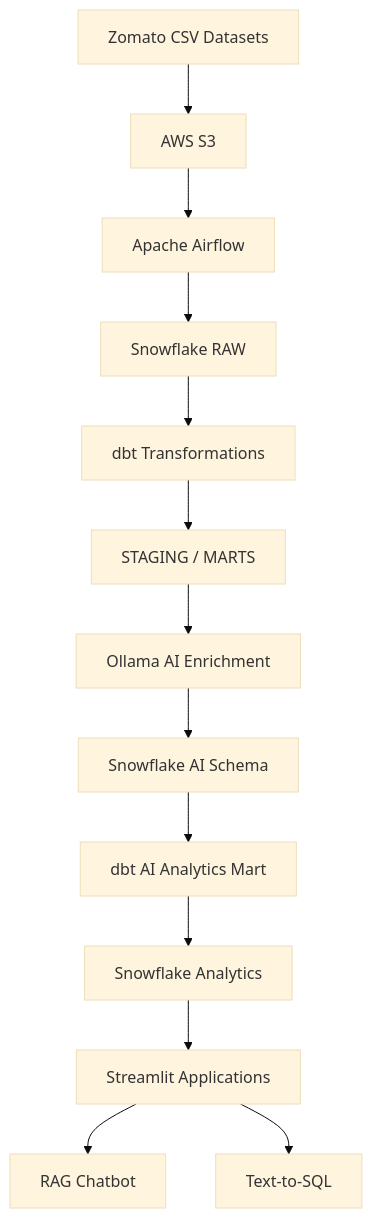
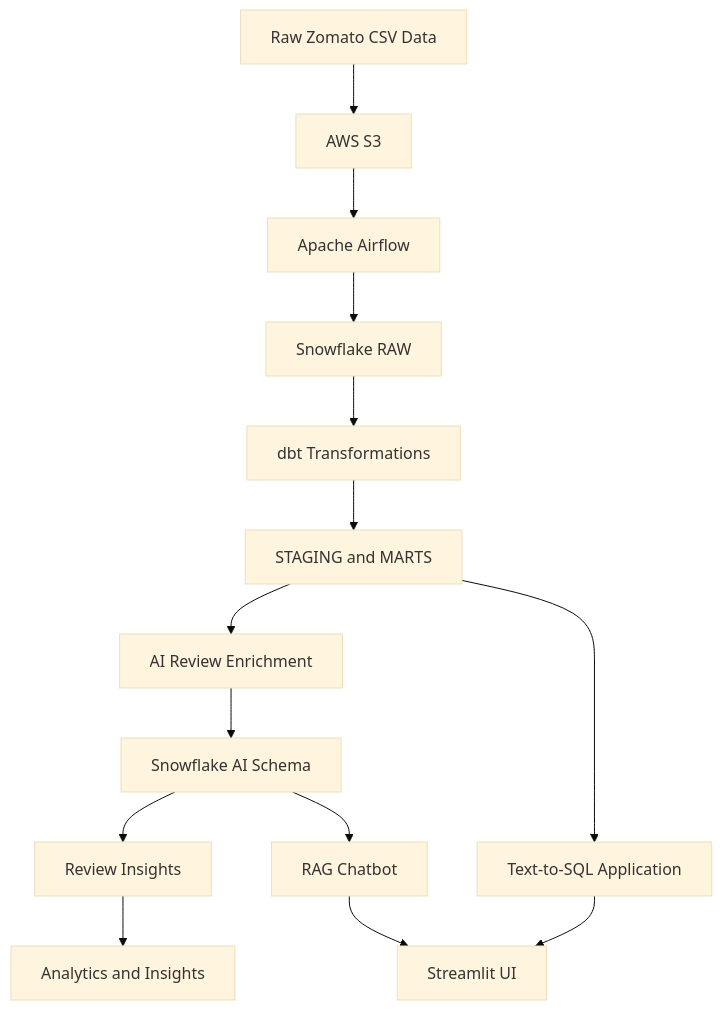
The diagram in README.md (abhiram0136/zomato-end-to-end-data-engineering-ai), drawn with Mermaid (base theme) before and after one commit. The commit also changed other lines of this file, not shown here.

````diff
--- a/README.md
+++ b/README.md
@@ -21,15 +20,16 @@
 ```mermaid
 flowchart TD
-    A["Zomato CSV Datasets"] --> B["AWS S3"]
+    A["Raw Zomato CSV Data"] --> B["AWS S3"]
     B --> C["Apache Airflow"]
     C --> D["Snowflake RAW"]
     D --> E["dbt Transformations"]
-    E --> F["STAGING / MARTS"]
-    F --> G["Ollama AI Enrichment"]
+    E --> F["STAGING and MARTS"]
+    F --> G["AI Review Enrichment"]
     G --> H["Snowflake AI Schema"]
-    H --> I["dbt AI Analytics Mart"]
-    I --> J["Snowflake Analytics"]
-    J --> K["Streamlit Applications"]
-    K --> L["RAG Chatbot"]
-    K --> M["Text-to-SQL"]
+    H --> I["Review Insights"]
+    H --> J["RAG Chatbot"]
+    F --> K["Text-to-SQL Application"]
+    J --> L["Streamlit UI"]
+    K --> L
+    I --> M["Analytics and Insights"]
 ```
````
